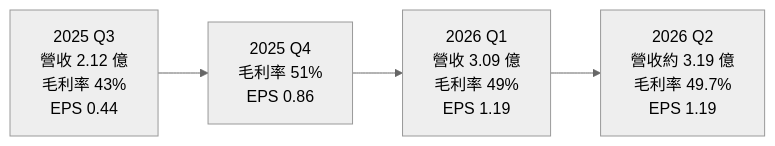
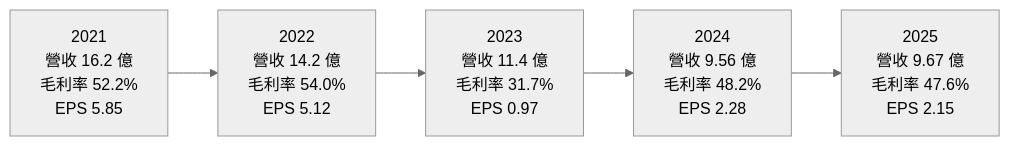
Before and after one commit to wangnick1004/taiwan-stock-vault: the third of 4 diagrams in 個股/台股/3556禾瑞亞.md, drawn with Mermaid (neutral theme). The commit also changed other lines of this file and 142 other files, not shown here.

````diff
--- a/個股/台股/3556禾瑞亞.md
+++ b/個股/台股/3556禾瑞亞.md
@@ -128,4 +134,4 @@
 ```mermaid
 flowchart LR
-    A["2025 Q3<br/>營收 2.12 億<br/>毛利率 43%<br/>EPS 0.44"] --> B["2025 Q4<br/>毛利率 51%<br/>EPS 0.86"] --> C["2026 Q1<br/>營收 3.09 億<br/>毛利率 49%<br/>EPS 1.19"] --> D["2026 Q2<br/>營收約 3.19 億<br/>毛利率 49.7%<br/>EPS 1.19"]
+    A["2021<br/>營收 16.2 億<br/>毛利率 52.2%<br/>EPS 5.85"] --> B["2022<br/>營收 14.2 億<br/>毛利率 54.0%<br/>EPS 5.12"] --> C["2023<br/>營收 11.4 億<br/>毛利率 31.7%<br/>EPS 0.97"] --> D["2024<br/>營收 9.56 億<br/>毛利率 48.2%<br/>EPS 2.28"] --> E["2025<br/>營收 9.67 億<br/>毛利率 47.6%<br/>EPS 2.15"]
 ```
````
